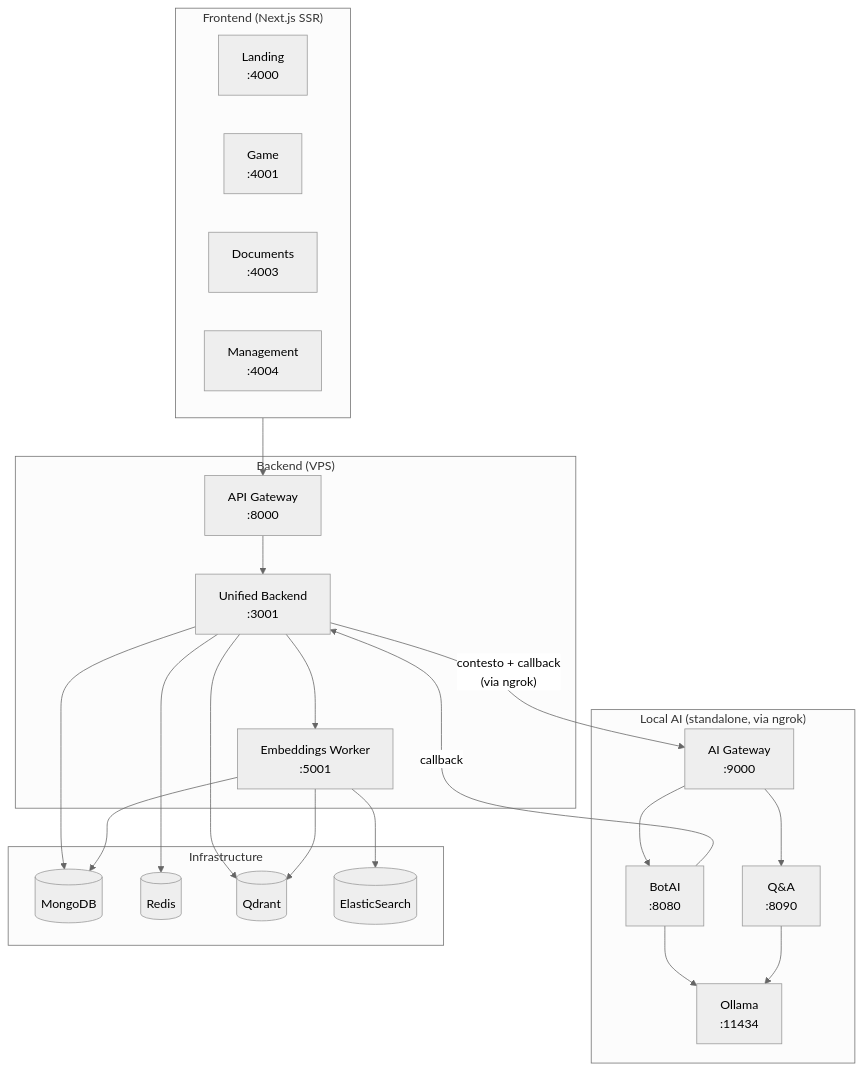
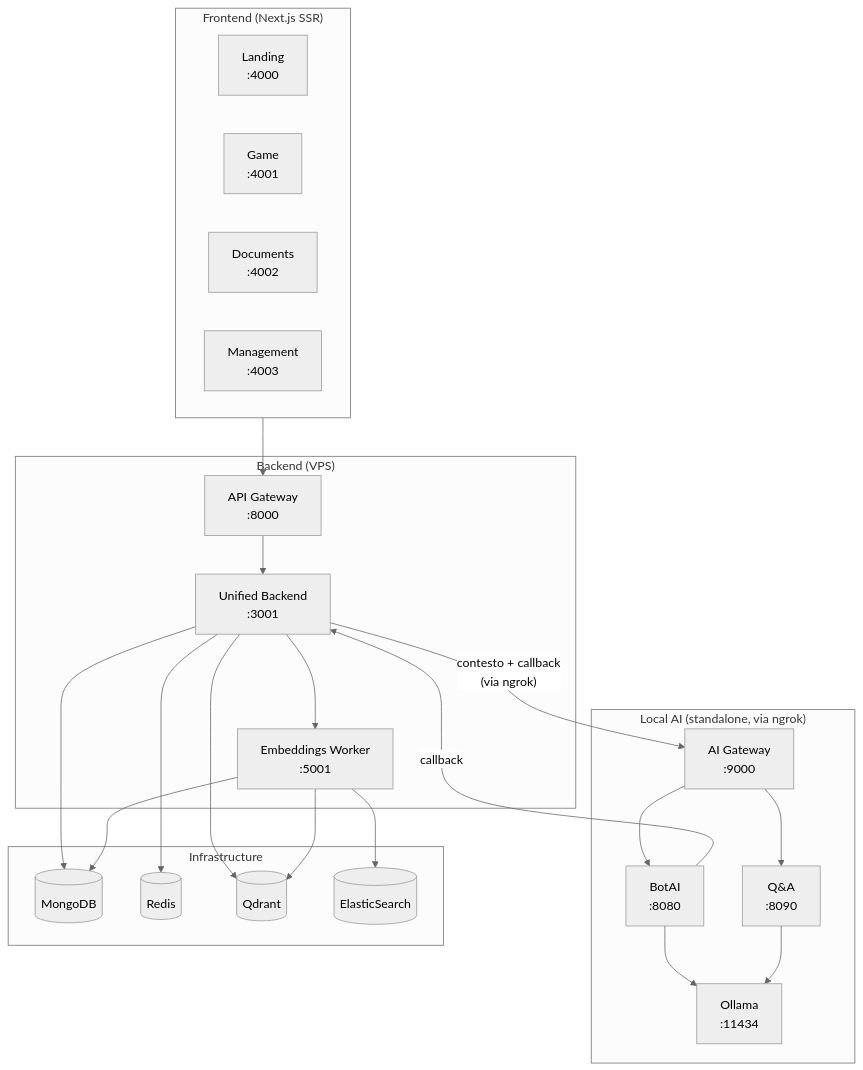
Before and after one commit to pagliagen/tenpennynovels: the diagram in README.md, drawn with Mermaid (neutral theme). The commit also changed other lines of this file and 95 other files, not shown here.

````diff
--- a/README.md
+++ b/README.md
@@ -44,45 +44,45 @@
 ```mermaid
 flowchart TD
     subgraph frontend ["Frontend (Next.js SSR)"]
         Landing["Landing\n:4000"]
         Game["Game\n:4001"]
-        Documents["Documents\n:4003"]
-        Management["Management\n:4004"]
+        Documents["Documents\n:4002"]
+        Management["Management\n:4003"]
     end
 
     subgraph backend ["Backend (VPS)"]
         Gateway["API Gateway\n:8000"]
         Unified["Unified Backend\n:3001"]
         Embeddings["Embeddings Worker\n:5001"]
     end
 
     subgraph localai ["Local AI (standalone, via ngrok)"]
         AIGateway["AI Gateway\n:9000"]
         BotAI["BotAI\n:8080"]
         QA["Q&A\n:8090"]
         Ollama["Ollama\n:11434"]
     end
 
     subgraph infra ["Infrastructure"]
         MongoDB[(MongoDB)]
         Redis[(Redis)]
         Qdrant[(Qdrant)]
         ES[(ElasticSearch)]
     end
 
     frontend --> Gateway
     Gateway --> Unified
     Unified --> MongoDB
     Unified --> Redis
     Unified --> Qdrant
     Unified --> Embeddings
     Unified -->|"contesto + callback\n(via ngrok)"| AIGateway
     AIGateway --> BotAI
     AIGateway --> QA
     BotAI --> Ollama
     QA --> Ollama
     BotAI -->|"callback"| Unified
     Embeddings --> Qdrant
     Embeddings --> ES
     Embeddings --> MongoDB
 ```
````
